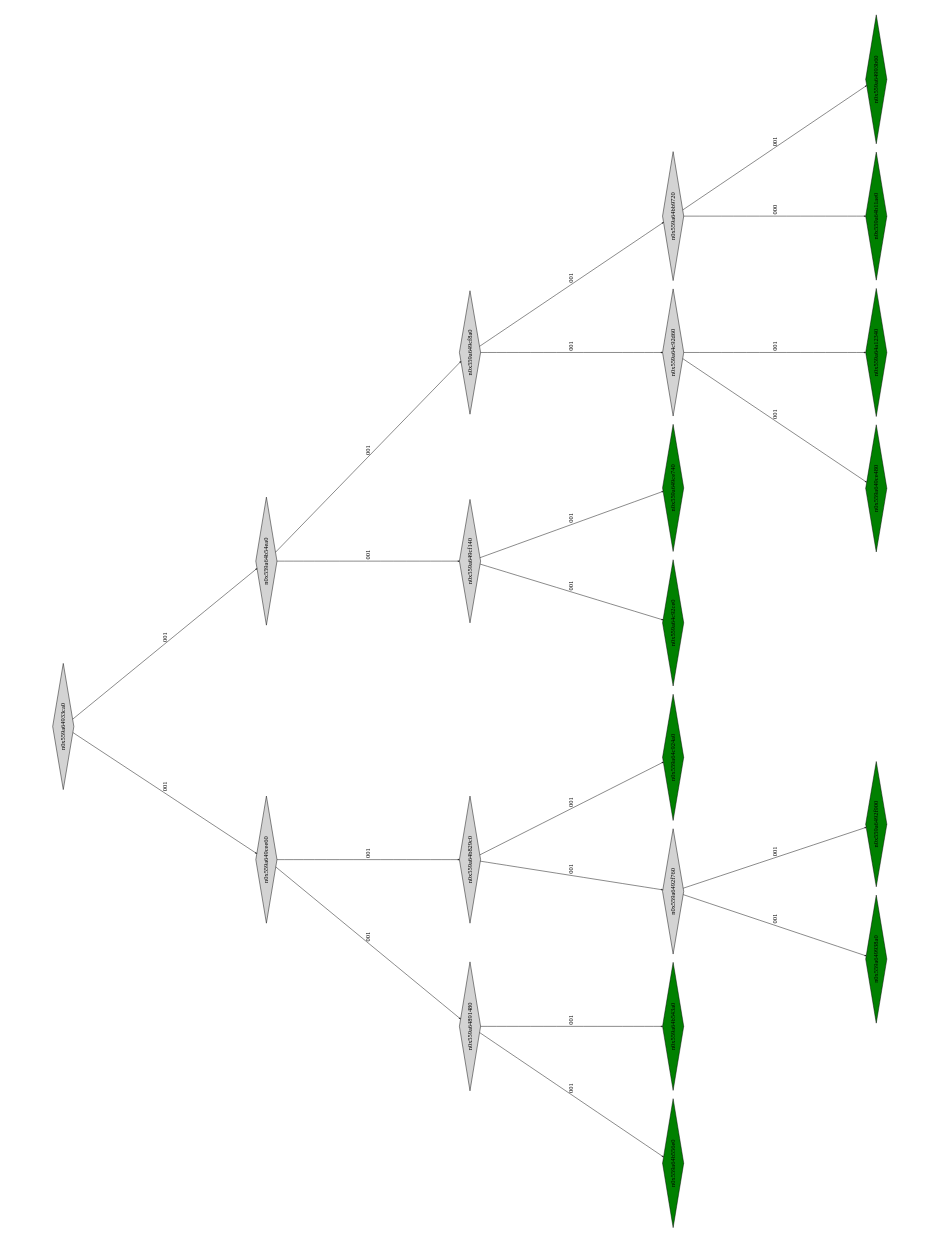
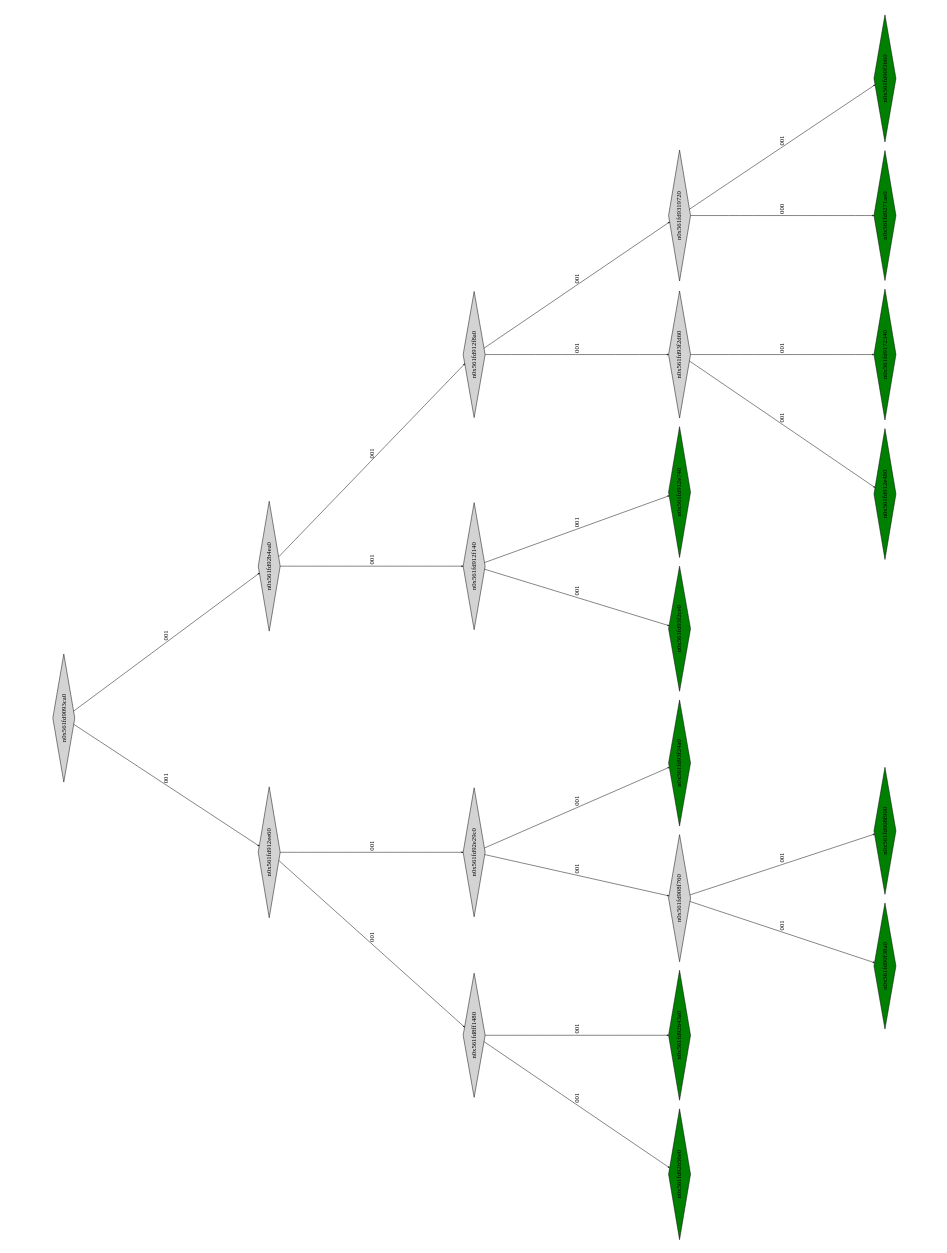
Before and after one commit to Research-Tools-PAVT/PSE-Program-Examples: the diagram in montyhall_klee_out/ptree_00001113.dot, drawn with Graphviz. The commit also changed 41 other files, not shown here.

```diff
--- a/montyhall_klee_out/ptree_00001113.dot
+++ b/montyhall_klee_out/ptree_00001113.dot
@@ -1,49 +1,49 @@
 digraph G {
 	size="10,7.5";
 	ratio=fill;
 	rotate=90;
 	center = "true";
 	node [style="filled",width=.1,height=.1,fontname="Terminus"]
 	edge [arrowsize=.3]
-	n0x559a64933ca0 [shape=diamond];
-	n0x559a64933ca0 -> n0x559a649cee60 [label=001];
-	n0x559a64933ca0 -> n0x559a64b54ea0 [label=001];
-	n0x559a64b54ea0 [shape=diamond];
-	n0x559a64b54ea0 -> n0x559a649cf140 [label=001];
-	n0x559a64b54ea0 -> n0x559a649cf8a0 [label=001];
-	n0x559a649cf8a0 [shape=diamond];
-	n0x559a649cf8a0 -> n0x559a64c92d60 [label=001];
-	n0x559a649cf8a0 -> n0x559a64bb9720 [label=001];
-	n0x559a64bb9720 [shape=diamond];
-	n0x559a64bb9720 -> n0x559a64b11ae0 [label=000];
-	n0x559a64bb9720 -> n0x559a64993b60 [label=001];
-	n0x559a64993b60 [shape=diamond,fillcolor=green];
-	n0x559a64b11ae0 [shape=diamond,fillcolor=green];
-	n0x559a64c92d60 [shape=diamond];
-	n0x559a64c92d60 -> n0x559a649ce480 [label=001];
-	n0x559a64c92d60 -> n0x559a64a12340 [label=001];
-	n0x559a64a12340 [shape=diamond,fillcolor=green];
-	n0x559a649ce480 [shape=diamond,fillcolor=green];
-	n0x559a649cf140 [shape=diamond];
-	n0x559a649cf140 -> n0x559a64c92ce0 [label=001];
-	n0x559a649cf140 -> n0x559a649ce740 [label=001];
-	n0x559a649ce740 [shape=diamond,fillcolor=green];
-	n0x559a64c92ce0 [shape=diamond,fillcolor=green];
-	n0x559a649cee60 [shape=diamond];
-	n0x559a649cee60 -> n0x559a64891480 [label=001];
-	n0x559a649cee60 -> n0x559a64b829c0 [label=001];
-	n0x559a64b829c0 [shape=diamond];
-	n0x559a64b829c0 -> n0x559a6492f760 [label=001];
-	n0x559a64b829c0 -> n0x559a64c924a0 [label=001];
-	n0x559a64c924a0 [shape=diamond,fillcolor=green];
-	n0x559a6492f760 [shape=diamond];
-	n0x559a6492f760 -> n0x559a649938a0 [label=001];
-	n0x559a6492f760 -> n0x559a6492f900 [label=001];
-	n0x559a6492f900 [shape=diamond,fillcolor=green];
-	n0x559a649938a0 [shape=diamond,fillcolor=green];
-	n0x559a64891480 [shape=diamond];
-	n0x559a64891480 -> n0x559a64b556e0 [label=001];
-	n0x559a64891480 -> n0x559a64b543a0 [label=001];
-	n0x559a64b543a0 [shape=diamond,fillcolor=green];
-	n0x559a64b556e0 [shape=diamond,fillcolor=green];
+	n0x561fd9093ca0 [shape=diamond];
+	n0x561fd9093ca0 -> n0x561fd912ee60 [label=001];
+	n0x561fd9093ca0 -> n0x561fd92b4ea0 [label=001];
+	n0x561fd92b4ea0 [shape=diamond];
+	n0x561fd92b4ea0 -> n0x561fd912f140 [label=001];
+	n0x561fd92b4ea0 -> n0x561fd912f8a0 [label=001];
+	n0x561fd912f8a0 [shape=diamond];
+	n0x561fd912f8a0 -> n0x561fd93f2d60 [label=001];
+	n0x561fd912f8a0 -> n0x561fd9319720 [label=001];
+	n0x561fd9319720 [shape=diamond];
+	n0x561fd9319720 -> n0x561fd9271ae0 [label=000];
+	n0x561fd9319720 -> n0x561fd90f3b60 [label=001];
+	n0x561fd90f3b60 [shape=diamond,fillcolor=green];
+	n0x561fd9271ae0 [shape=diamond,fillcolor=green];
+	n0x561fd93f2d60 [shape=diamond];
+	n0x561fd93f2d60 -> n0x561fd912e480 [label=001];
+	n0x561fd93f2d60 -> n0x561fd9172340 [label=001];
+	n0x561fd9172340 [shape=diamond,fillcolor=green];
+	n0x561fd912e480 [shape=diamond,fillcolor=green];
+	n0x561fd912f140 [shape=diamond];
+	n0x561fd912f140 -> n0x561fd93f2ce0 [label=001];
+	n0x561fd912f140 -> n0x561fd912e740 [label=001];
+	n0x561fd912e740 [shape=diamond,fillcolor=green];
+	n0x561fd93f2ce0 [shape=diamond,fillcolor=green];
+	n0x561fd912ee60 [shape=diamond];
+	n0x561fd912ee60 -> n0x561fd8ff1480 [label=001];
+	n0x561fd912ee60 -> n0x561fd92e29c0 [label=001];
+	n0x561fd92e29c0 [shape=diamond];
+	n0x561fd92e29c0 -> n0x561fd908f760 [label=001];
+	n0x561fd92e29c0 -> n0x561fd93f24a0 [label=001];
+	n0x561fd93f24a0 [shape=diamond,fillcolor=green];
+	n0x561fd908f760 [shape=diamond];
+	n0x561fd908f760 -> n0x561fd90f38a0 [label=001];
+	n0x561fd908f760 -> n0x561fd908f900 [label=001];
+	n0x561fd908f900 [shape=diamond,fillcolor=green];
+	n0x561fd90f38a0 [shape=diamond,fillcolor=green];
+	n0x561fd8ff1480 [shape=diamond];
+	n0x561fd8ff1480 -> n0x561fd92b56e0 [label=001];
+	n0x561fd8ff1480 -> n0x561fd92b43a0 [label=001];
+	n0x561fd92b43a0 [shape=diamond,fillcolor=green];
+	n0x561fd92b56e0 [shape=diamond,fillcolor=green];
 }
```
